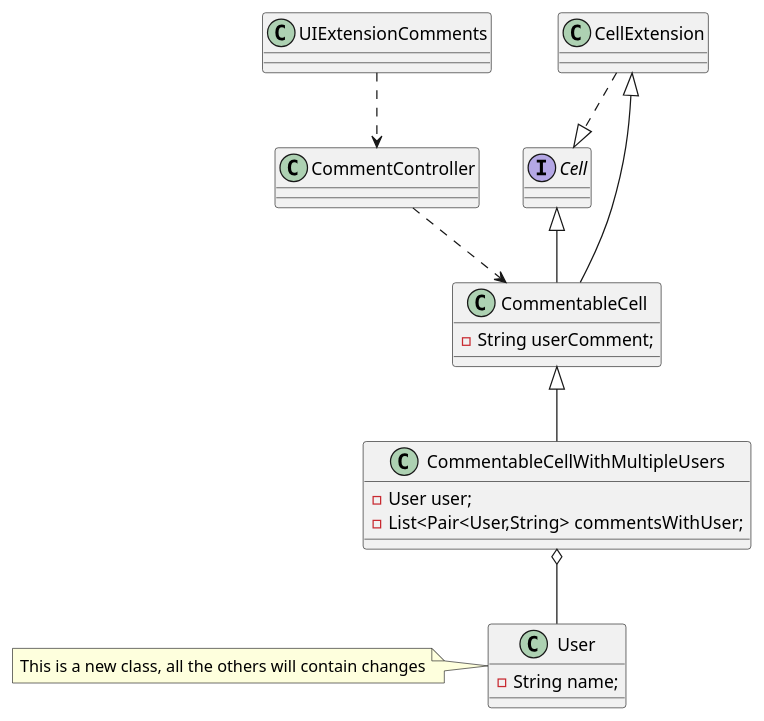
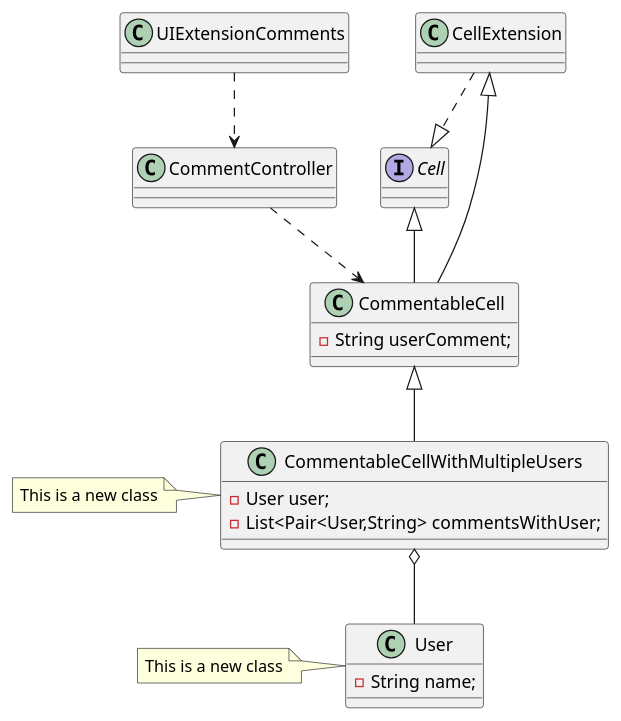
Before and after one commit to MikeTekOn/lapr4-2017-2dd: the diagram in src/main/java/lapr4/red/s1/core/n1150690/comments/core02_02_design_class_diagram.puml, drawn with PlantUML. The commit also changed 2 other files, not shown here.

```diff
--- a/src/main/java/lapr4/red/s1/core/n1150690/comments/core02_02_design_class_diagram.puml
+++ b/src/main/java/lapr4/red/s1/core/n1150690/comments/core02_02_design_class_diagram.puml
@@ -1,33 +1,34 @@
 @startuml core02_01_analysis_cell_delegate.png
     class UIExtensionComments {
     }
     class CommentController {
     }
     class CellExtension {
     }
    
     interface Cell{
     }
 
     class "CommentableCell" as CommentableCell {
         -String userComment;
     }
 
     class "CommentableCellWithMultipleUsers" as comUsers {
         -User user;
         -List<Pair<User,String> commentsWithUser;
     }
+note left: This is a new class
 
     class User{
         -String name;
     }
-    note left: This is a new class, all the others will contain changes
+    note left: This is a new class
 
     CellExtension <|-- CommentableCell
     CellExtension ..|> Cell
     Cell <|-- CommentableCell
     CommentableCell <|-- comUsers
     comUsers o-- User
     UIExtensionComments ..> CommentController
     CommentController ..> CommentableCell
 @enduml
```
